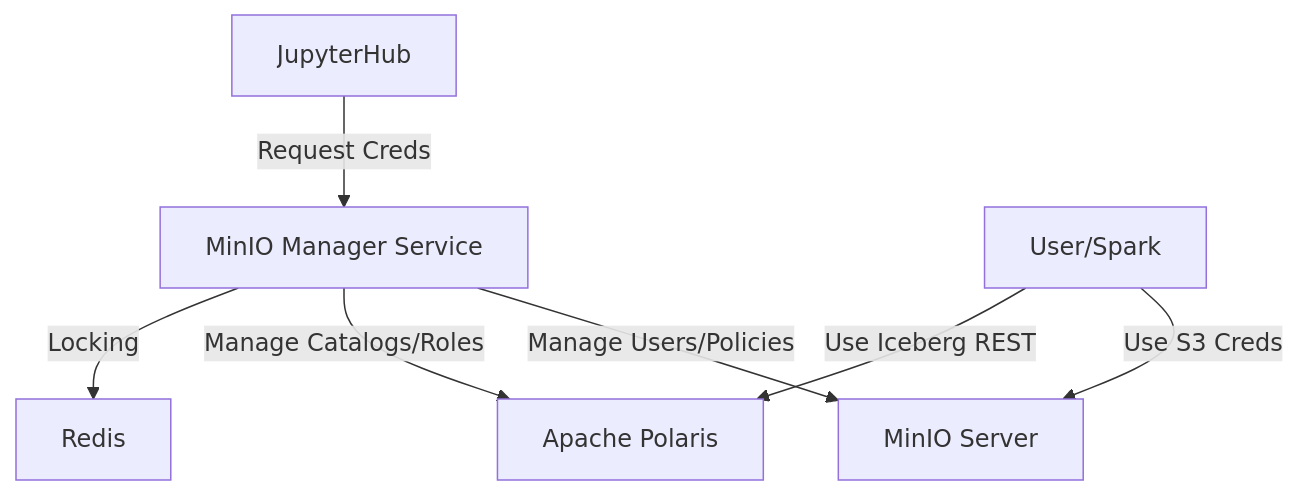
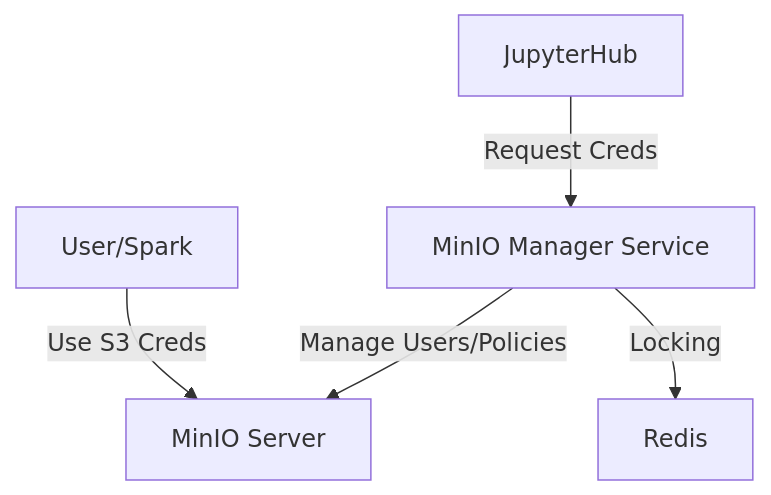
The diagram in services/minio-manager-service.md (BERDataLakehouse/berdl_docs), drawn with Mermaid before and after one commit. The commit also changed other lines of this file and 3 other files, not shown here.

````diff
--- a/services/minio-manager-service.md
+++ b/services/minio-manager-service.md
@@ -24,10 +24,8 @@
 ```mermaid
 graph TD
     JH[JupyterHub] -->|Request Creds| MMS[MinIO Manager Service]
     MMS -->|Manage Users/Policies| MIN[MinIO Server]
-    MMS -->|Manage Catalogs/Roles| POL[Apache Polaris]
     MMS -->|Locking| REDIS[Redis]
-    
+
     User[User/Spark] -->|Use S3 Creds| MIN
-    User -->|Use Iceberg REST| POL
 ```
````
